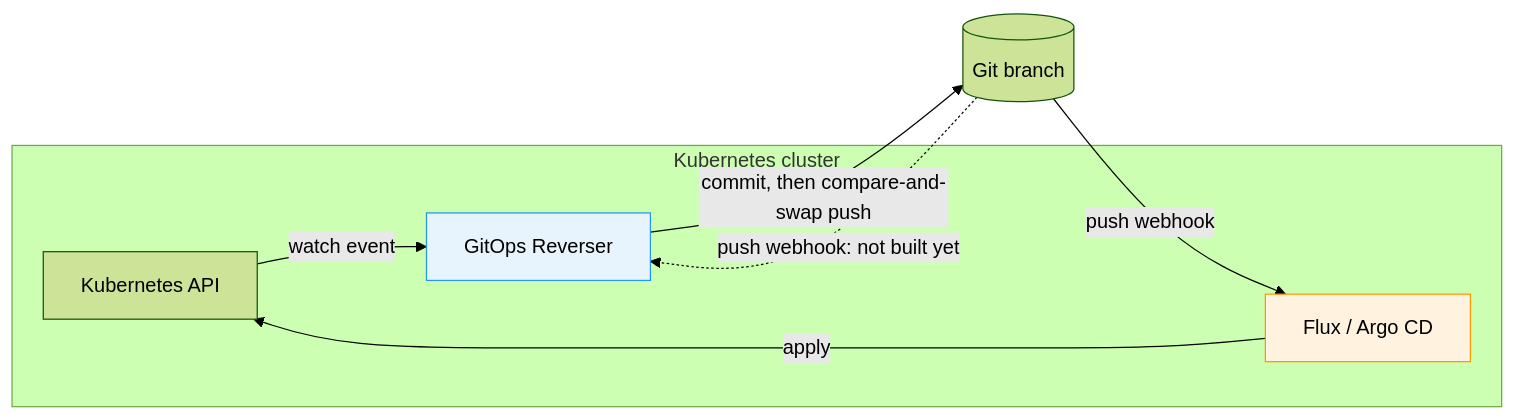
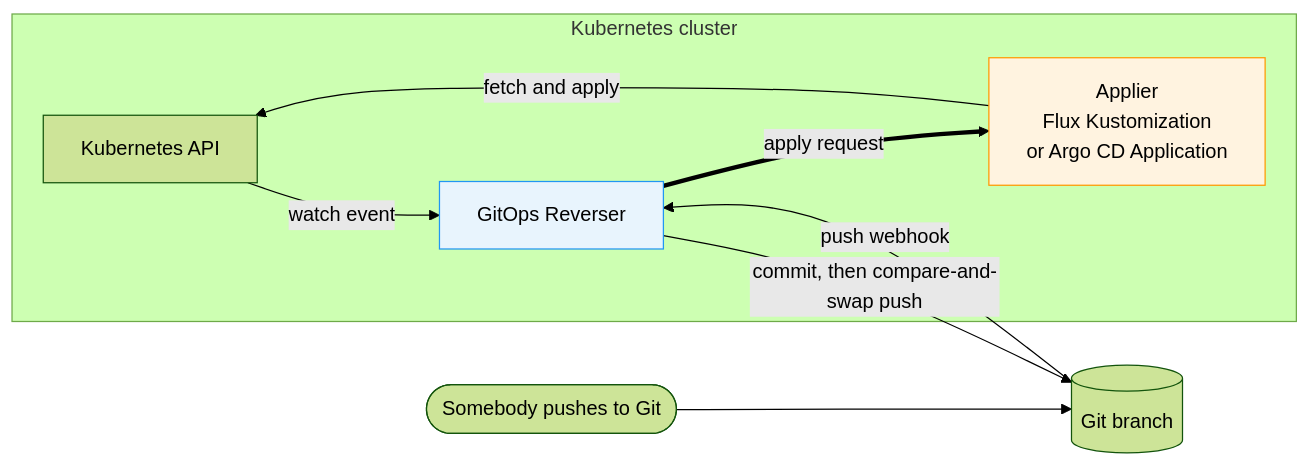
One commit to ConfigButler/gitops-reverser changed the first of 3 diagrams in docs/bi-directional.md. Above: the diagram before and after it, drawn with Mermaid (forest theme). The commit also changed other lines of this file and 123 other files, not shown here.

First line of the commit message:
feat!: GitOps Reverser decides when Flux or Argo CD applies a folder (#419)

````diff
--- a/docs/bi-directional.md
+++ b/docs/bi-directional.md
@@ -21,18 +22,20 @@
 ```mermaid
 flowchart LR
     subgraph CLUSTER["Kubernetes cluster"]
         API["Kubernetes API"]
         REV["GitOps Reverser"]
-        REC["Flux / Argo CD"]
+        APP["Applier<br/>Flux Kustomization<br/>or Argo CD Application"]
     end
     GIT[("Git branch")]
+    HUMAN(["Somebody pushes to Git"])
 
     API -->|"watch event"| REV
     REV -->|"commit, then compare-and-swap push"| GIT
-    GIT -->|"push webhook"| REC
-    REC -->|"apply"| API
-    GIT -. "push webhook: not built yet" .-> REV
+    HUMAN --> GIT
+    GIT -->|"push webhook"| REV
+    REV ==>|"apply request"| APP
+    APP -->|"fetch and apply"| API
 
     style REV fill:#e8f4fd,stroke:#2196f3
-    style REC fill:#fff3e0,stroke:#ff9800
+    style APP fill:#fff3e0,stroke:#ff9800
 ```
````
